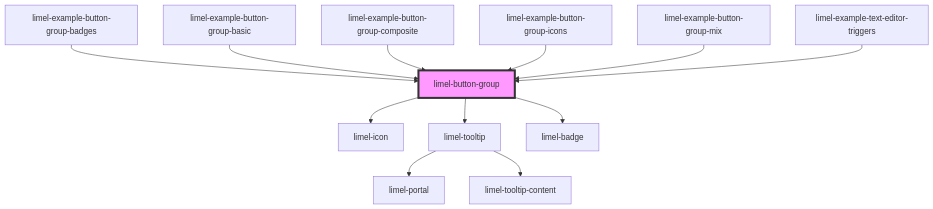
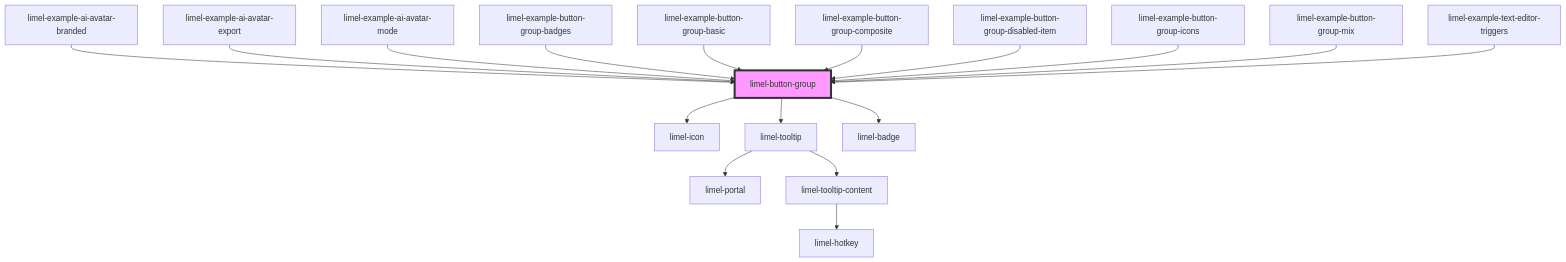
One commit to Lundalogik/lime-elements changed the diagram in versions/PR-3990/markdown-docs/components/button-group/readme.md. Above: the diagram before and after it, drawn with Mermaid. The commit also changed other lines of this file and 1095 other files, not shown here.

````diff
--- a/versions/PR-3990/markdown-docs/components/button-group/readme.md
+++ b/versions/PR-3990/markdown-docs/components/button-group/readme.md
@@ -69,15 +73,20 @@
 ```mermaid
 graph TD;
   limel-button-group --> limel-icon
   limel-button-group --> limel-tooltip
   limel-button-group --> limel-badge
   limel-tooltip --> limel-portal
   limel-tooltip --> limel-tooltip-content
+  limel-tooltip-content --> limel-hotkey
+  limel-example-ai-avatar-branded --> limel-button-group
+  limel-example-ai-avatar-export --> limel-button-group
+  limel-example-ai-avatar-mode --> limel-button-group
   limel-example-button-group-badges --> limel-button-group
   limel-example-button-group-basic --> limel-button-group
   limel-example-button-group-composite --> limel-button-group
+  limel-example-button-group-disabled-item --> limel-button-group
   limel-example-button-group-icons --> limel-button-group
   limel-example-button-group-mix --> limel-button-group
   limel-example-text-editor-triggers --> limel-button-group
   style limel-button-group fill:#f9f,stroke:#333,stroke-width:4px
 ```
````
